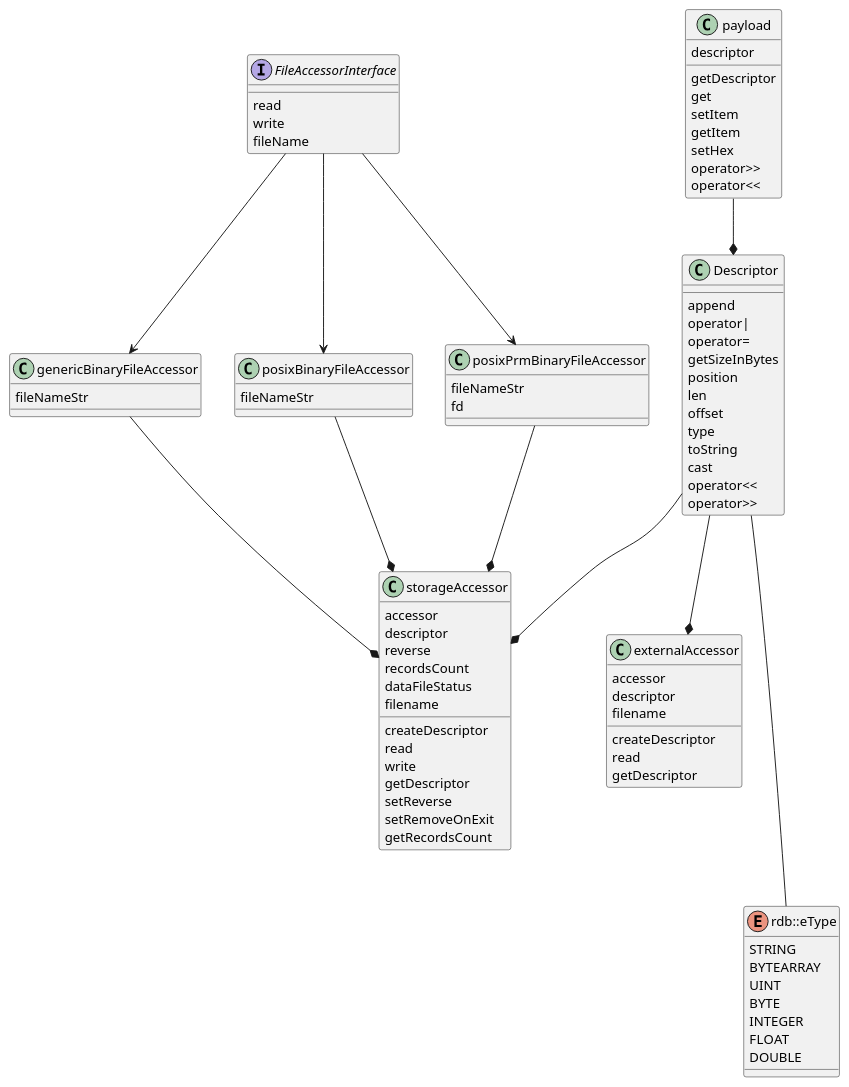
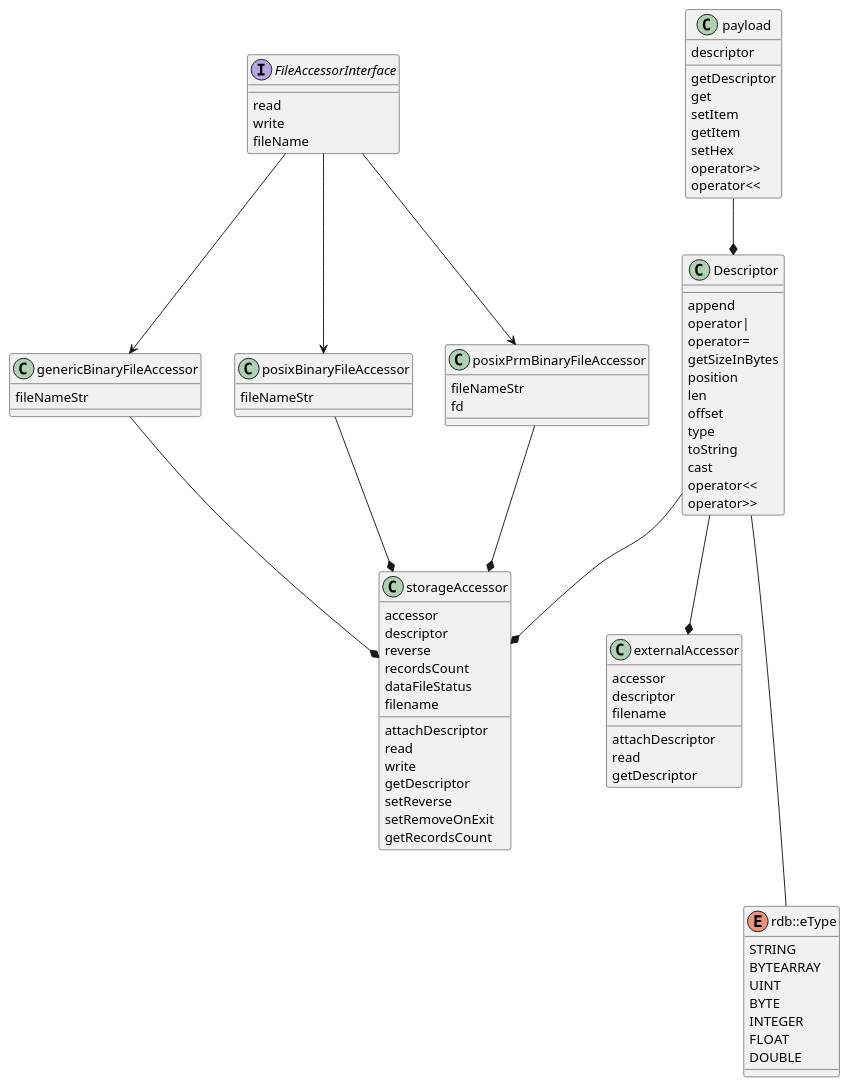
The diagram in src/include/rdb/UML/rdb.puml (michalwidera/retractordb), drawn with PlantUML before and after one commit. The commit also changed 8 other files, not shown here.

```diff
--- a/src/include/rdb/UML/rdb.puml
+++ b/src/include/rdb/UML/rdb.puml
@@ -1,103 +1,103 @@
 @startuml
 
 class Descriptor {
     {method} append
     {method} operator|
     {method} operator=
     {method} getSizeInBytes
     {method} position
     {method} len
     {method} offset
     {method} type
     {method} toString
     {method} cast
     {method} operator<<
     {method} operator>>
 }
 
 class genericBinaryFileAccessor {
     {field} fileNameStr
 }
 
 
 class posixBinaryFileAccessor {
     {field} fileNameStr
 }
 
 class posixPrmBinaryFileAccessor {
     {field} fileNameStr
     {field} fd
 }
 
 
 interface FileAccessorInterface {
     {method} read
     {method} write
     {method} fileName
 }
 
 class payload {
     {field} descriptor
 
     {method} getDescriptor
     {method} get
     {method} setItem
     {method} getItem
     {method} setHex
     {method} operator>>
     {method} operator<<
 }
 
 class storageAccessor {
     {field} accessor
     {field} descriptor
     {field} reverse
     {field} recordsCount
     {field} dataFileStatus
     {field} filename
 
-    {method} createDescriptor
+    {method} attachDescriptor
     {method} read
     {method} write
     {method} getDescriptor
     {method} setReverse
     {method} setRemoveOnExit
     {method} getRecordsCount
 }
 
 class externalAccessor {
     {field} accessor
     {field} descriptor
     {field} filename
 
-    {method} createDescriptor
+    {method} attachDescriptor
     {method} read
     {method} getDescriptor
 }
 
 enum rdb::eType {
     STRING
     BYTEARRAY
     UINT
     BYTE
     INTEGER
     FLOAT
     DOUBLE
 }
 
 FileAccessorInterface --> genericBinaryFileAccessor
 FileAccessorInterface --> posixBinaryFileAccessor
 FileAccessorInterface --> posixPrmBinaryFileAccessor
 
 genericBinaryFileAccessor --* storageAccessor
 posixBinaryFileAccessor --* storageAccessor
 posixPrmBinaryFileAccessor --* storageAccessor
 
 Descriptor --* storageAccessor
 Descriptor --* externalAccessor
 
 Descriptor --- rdb::eType
 
 payload --* Descriptor
 
 @enduml
```
